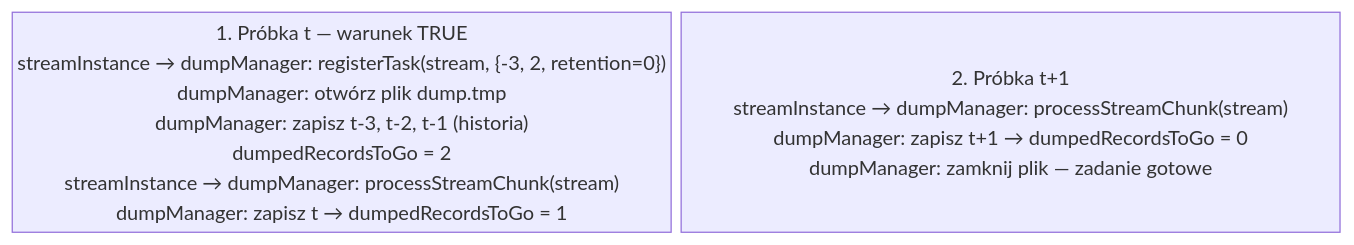
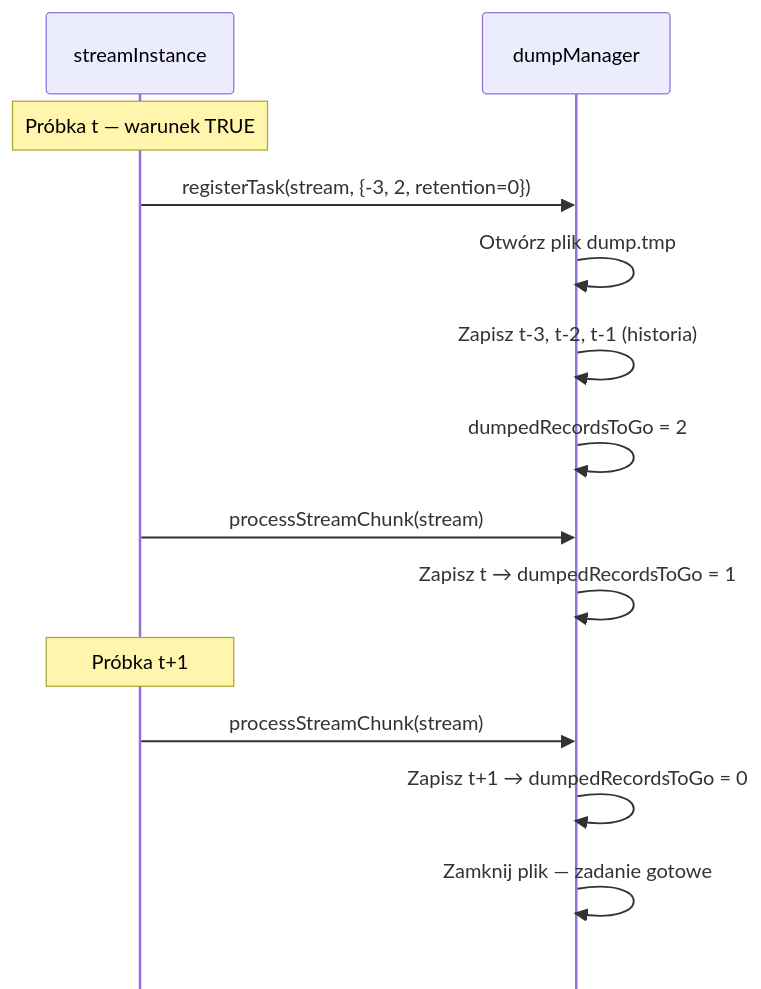
The third of 4 diagrams in realizacja-zapytan/realizacja-alarowania.md (michalwidera/dokumentacja-rdb), drawn with Mermaid before and after one commit. The commit also changed 5 other files, not shown here.

````diff
--- a/realizacja-zapytan/realizacja-alarowania.md
+++ b/realizacja-zapytan/realizacja-alarowania.md
@@ -110,9 +110,21 @@
 ```mermaid
 %% pdf-width: 85%
-%% pdf-height: 45%
-%%{init: {"markdownAutoWrap": false}}%%
-block-beta
-    columns 2
-    T["1. Próbka t — warunek TRUE<br/>streamInstance → dumpManager: registerTask(stream, {-3, 2, retention=0})<br/>dumpManager: otwórz plik dump.tmp<br/>dumpManager: zapisz t-3, t-2, t-1 (historia)<br/>dumpedRecordsToGo = 2<br/>streamInstance → dumpManager: processStreamChunk(stream)<br/>dumpManager: zapisz t → dumpedRecordsToGo = 1"]
-    T1["2. Próbka t+1<br/>streamInstance → dumpManager: processStreamChunk(stream)<br/>dumpManager: zapisz t+1 → dumpedRecordsToGo = 0<br/>dumpManager: zamknij plik — zadanie gotowe"]
+%% pdf-height: 55%
+%%{init: {"markdownAutoWrap": false, "sequence": {"mirrorActors": false, "messageMargin": 22, "boxMargin": 6}}}%%
+sequenceDiagram
+    participant SI as streamInstance
+    participant DM as dumpManager
+
+    note over SI: Próbka t — warunek TRUE
+    SI->>DM: registerTask(stream, {-3, 2, retention=0})
+    DM->>DM: Otwórz plik dump.tmp
+    DM->>DM: Zapisz t-3, t-2, t-1 (historia)
+    DM->>DM: dumpedRecordsToGo = 2
+    SI->>DM: processStreamChunk(stream)
+    DM->>DM: Zapisz t → dumpedRecordsToGo = 1
+
+    note over SI: Próbka t+1
+    SI->>DM: processStreamChunk(stream)
+    DM->>DM: Zapisz t+1 → dumpedRecordsToGo = 0
+    DM->>DM: Zamknij plik — zadanie gotowe
 ```
````
